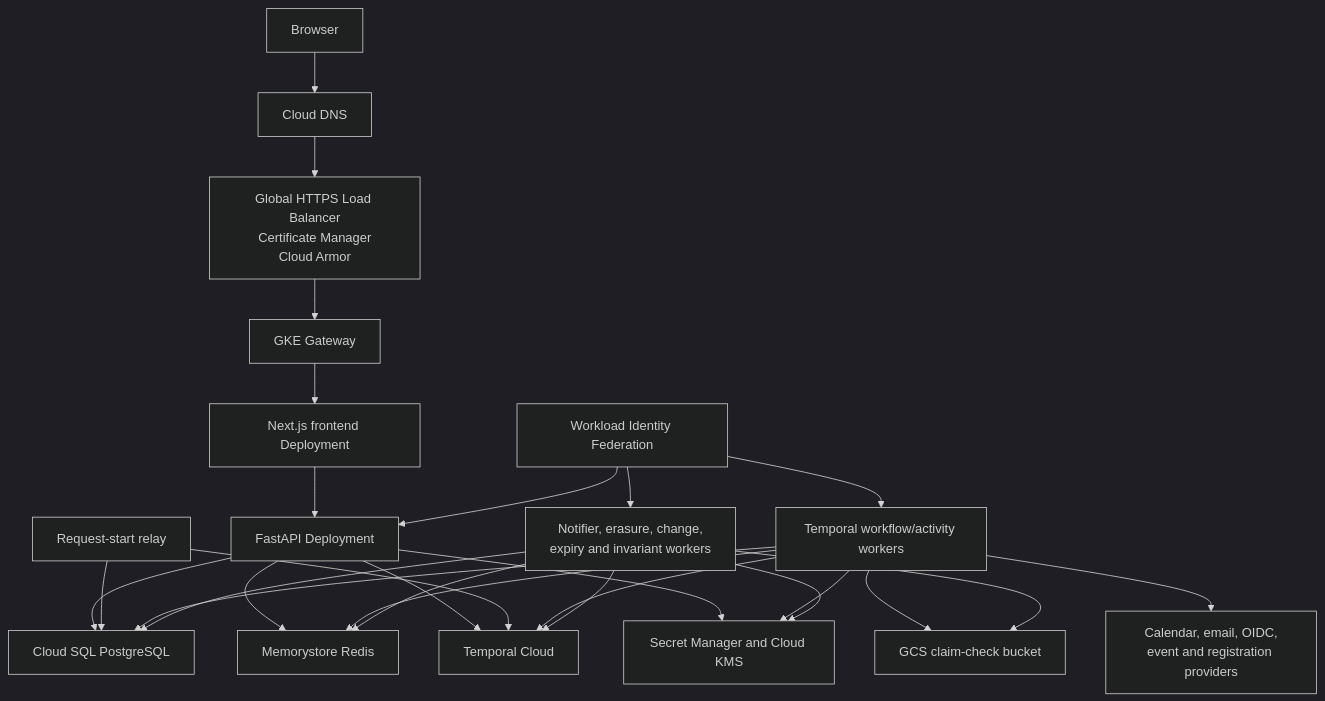
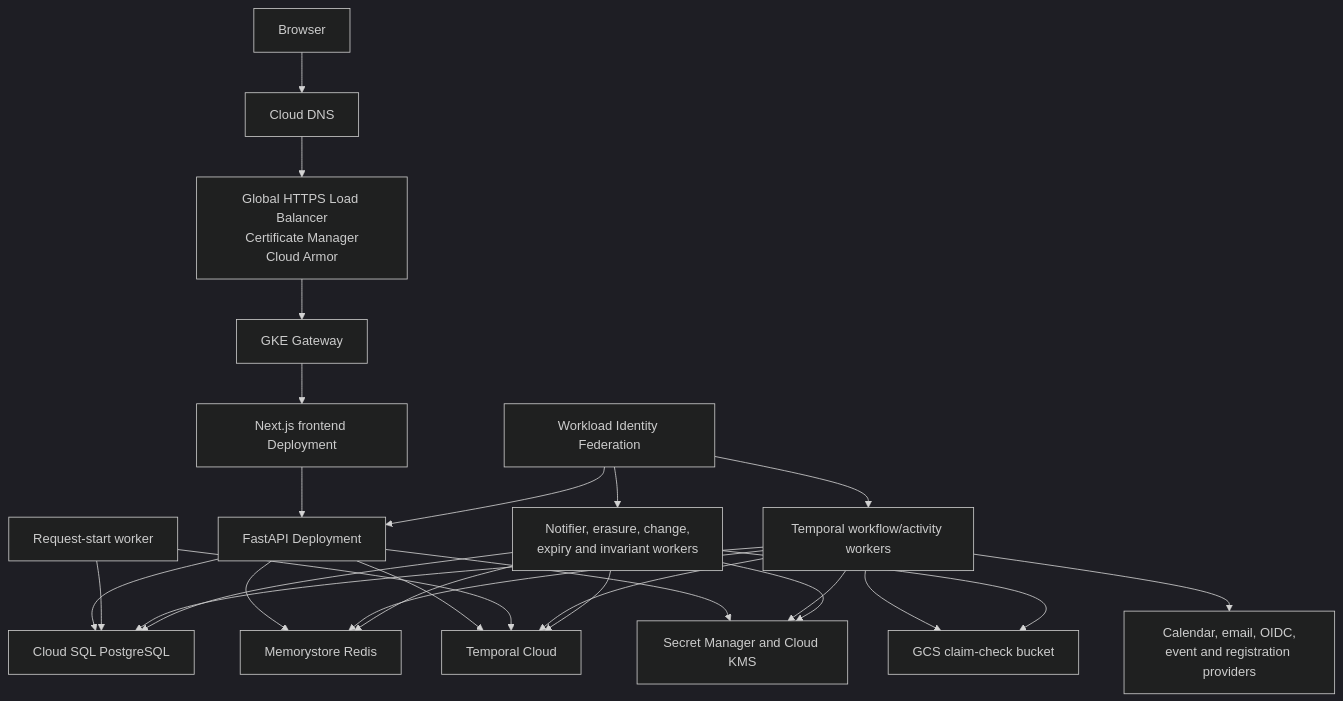
One commit to iliazlobin/events-concierge changed the diagram in docs/gcp-deployment-plan.md. Above: the diagram before and after it, drawn with Mermaid (dark theme). The commit also changed other lines of this file and 40 other files, not shown here.

````diff
--- a/docs/gcp-deployment-plan.md
+++ b/docs/gcp-deployment-plan.md
@@ -220,32 +220,32 @@
 ```mermaid
 flowchart TD
     User[Browser] --> DNS[Cloud DNS]
     DNS --> Edge[Global HTTPS Load Balancer<br/>Certificate Manager<br/>Cloud Armor]
     Edge --> Gateway[GKE Gateway]
     Gateway --> Web[Next.js frontend Deployment]
     Web --> API[FastAPI Deployment]
 
     API --> SQL[Cloud SQL PostgreSQL]
     API --> Redis[Memorystore Redis]
     API --> Temporal[Temporal Cloud]
 
-    Starter[Request-start relay] --> SQL
+    Starter[Request-start worker] --> SQL
     Starter --> Temporal
     Worker[Temporal workflow/activity workers] --> Temporal
     Worker --> SQL
     Worker --> Redis
     Worker --> GCS[GCS claim-check bucket]
     Worker --> Providers[Calendar, email, OIDC,<br/>event and registration providers]
 
-    Relays[Notifier, erasure, change,<br/>expiry and invariant workers] --> SQL
-    Relays --> Temporal
-    Relays --> Redis
-    Relays --> GCS
+    Workers[Notifier, erasure, change,<br/>expiry and invariant workers] --> SQL
+    Workers --> Temporal
+    Workers --> Redis
+    Workers --> GCS
 
     API --> Secrets[Secret Manager and Cloud KMS]
     Worker --> Secrets
-    Relays --> Secrets
+    Workers --> Secrets
     Identity[Workload Identity Federation] --> API
     Identity --> Worker
-    Identity --> Relays
+    Identity --> Workers
 ```
````
